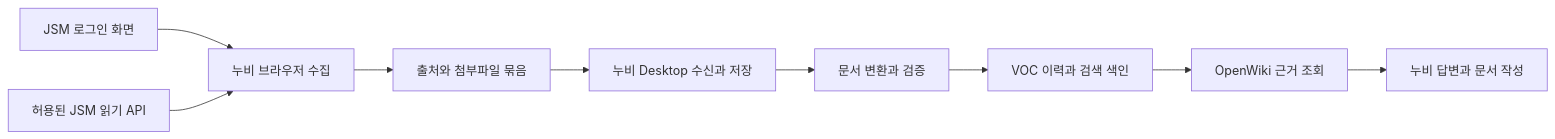
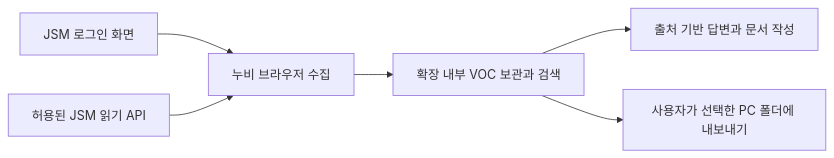
The diagram in packages/nubi-desktop/docs/JSM-VOC-WORKSPACE.md (plaire48/llm-router), drawn with Mermaid before and after one commit. The commit also changed other lines of this file and 3 other files, not shown here.

````diff
--- a/packages/nubi-desktop/docs/JSM-VOC-WORKSPACE.md
+++ b/packages/nubi-desktop/docs/JSM-VOC-WORKSPACE.md
@@ -15,11 +17,8 @@
 ```mermaid
 flowchart LR
     J[JSM 로그인 화면] --> B[누비 브라우저 수집]
     A[허용된 JSM 읽기 API] --> B
-    B --> E[출처와 첨부파일 묶음]
-    E --> D[누비 Desktop 수신과 저장]
-    D --> P[문서 변환과 검증]
-    P --> V[VOC 이력과 검색 색인]
-    V --> W[OpenWiki 근거 조회]
-    W --> Q[누비 답변과 문서 작성]
+    B --> V[확장 내부 VOC 보관과 검색]
+    V --> Q[출처 기반 답변과 문서 작성]
+    V --> F[사용자가 선택한 PC 폴더에 내보내기]
 ```
````
